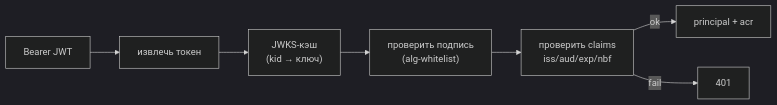
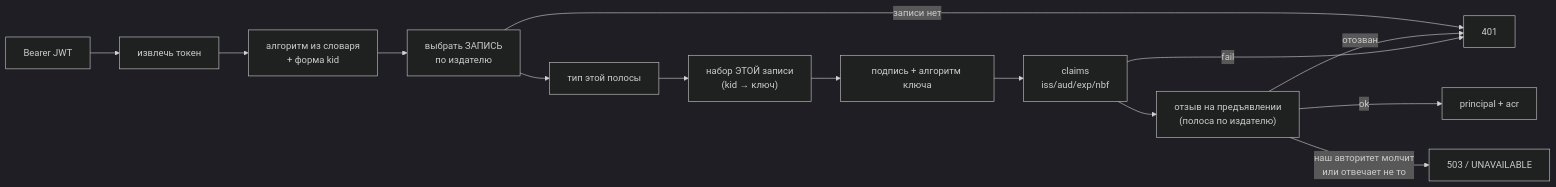
One commit to PRO-Robotech/kacho changed the first of 2 diagrams in gateway/docs/content/architecture/authn.mdx. Above: the diagram before and after it, drawn with Mermaid (dark theme). The commit also changed other lines of this file and 51 other files, not shown here.

````diff
--- a/gateway/docs/content/architecture/authn.mdx
+++ b/gateway/docs/content/architecture/authn.mdx
@@ -49,9 +84,16 @@
 ```mermaid
 flowchart LR
   req["Bearer JWT"] --> ext["извлечь токен"]
-  ext --> jwks["JWKS-кэш<br/>(kid → ключ)"]
-  jwks --> sig["проверить подпись<br/>(alg-whitelist)"]
-  sig --> cl["проверить claims<br/>iss/aud/exp/nbf"]
-  cl -->|"ok"| pr["principal + acr"]
-  cl -->|"fail"| deny["401"]
+  ext --> alg["алгоритм из словаря<br/>+ форма kid"]
+  alg --> rec["выбрать ЗАПИСЬ<br/>по издателю"]
+  rec -->|"записи нет"| deny["401"]
+  rec --> typ["тип этой полосы"]
+  typ --> jwks["набор ЭТОЙ записи<br/>(kid → ключ)"]
+  jwks --> sig["подпись + алгоритм ключа"]
+  sig --> cl["claims<br/>iss/aud/exp/nbf"]
+  cl --> rev["отзыв на предъявлении<br/>(полоса по издателю)"]
+  rev -->|"ok"| pr["principal + acr"]
+  rev -->|"отозван"| deny
+  rev -->|"наш авторитет молчит<br/>или отвечает не то"| unavail["503 / UNAVAILABLE"]
+  cl -->|"fail"| deny
 ```
````
